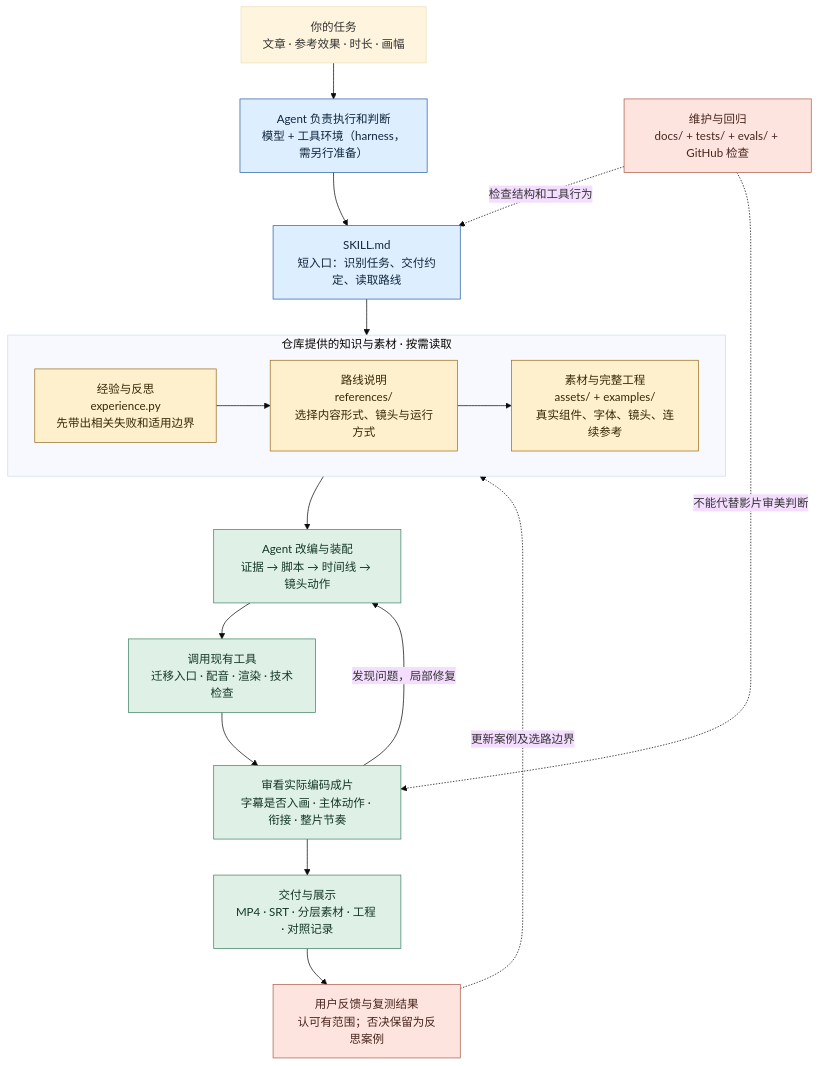
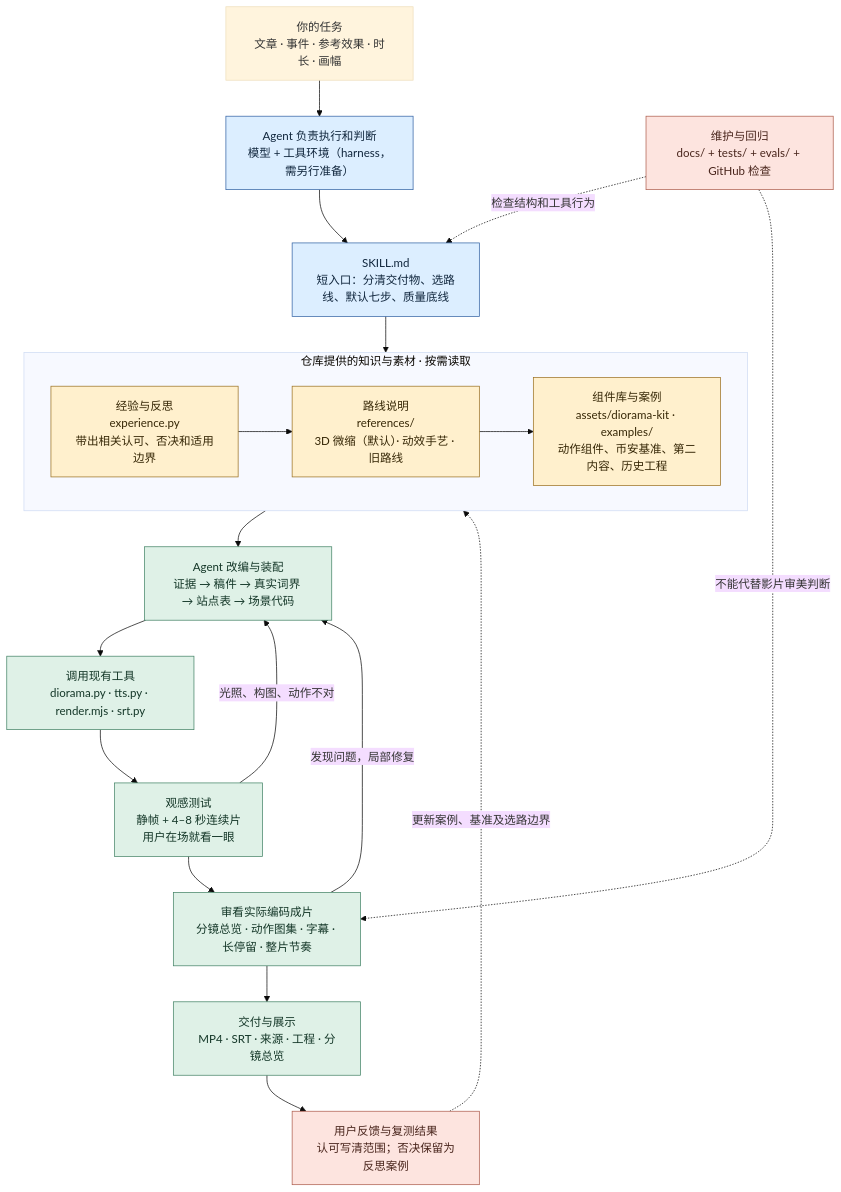
Before and after one commit to ninglinLiu/script-to-video-skill: the diagram in docs/architecture.mmd, drawn with Mermaid (base theme). The commit also changed 89 other files, not shown here.

```diff
--- a/docs/architecture.mmd
+++ b/docs/architecture.mmd
@@ -1,31 +1,33 @@
 flowchart TB
-    U["你的任务<br/>文章 · 参考效果 · 时长 · 画幅"] --> A["Agent 负责执行和判断<br/>模型 + 工具环境（harness，需另行准备）"]
-    A --> E["SKILL.md<br/>短入口：识别任务、交付约定、读取路线"]
+    U["你的任务<br/>文章 · 事件 · 参考效果 · 时长 · 画幅"] --> A["Agent 负责执行和判断<br/>模型 + 工具环境（harness，需另行准备）"]
+    A --> E["SKILL.md<br/>短入口：分清交付物、选路线、默认七步、质量底线"]
 
     subgraph LIB["仓库提供的知识与素材 · 按需读取"]
         direction LR
-        X["经验与反思<br/>experience.py<br/>先带出相关失败和适用边界"]
-        R["路线说明<br/>references/<br/>选择内容形式、镜头与运行方式"]
-        M["素材与完整工程<br/>assets/ + examples/<br/>真实组件、字体、镜头、连续参考"]
+        X["经验与反思<br/>experience.py<br/>带出相关认可、否决和适用边界"]
+        R["路线说明<br/>references/<br/>3D 微缩（默认）· 动效手艺 · 旧路线"]
+        M["组件库与案例<br/>assets/diorama-kit · examples/<br/>动作组件、币安基准、第二内容、历史工程"]
         X --> R --> M
     end
     E --> X
-    M --> P["Agent 改编与装配<br/>证据 → 脚本 → 时间线 → 镜头动作"]
-    P --> T["调用现有工具<br/>迁移入口 · 配音 · 渲染 · 技术检查"]
-    T --> Q["审看实际编码成片<br/>字幕是否入画 · 主体动作 · 衔接 · 整片节奏"]
+    M --> P["Agent 改编与装配<br/>证据 → 稿件 → 真实词界 → 站点表 → 场景代码"]
+    P --> T["调用现有工具<br/>diorama.py · tts.py · render.mjs · srt.py"]
+    T --> G["观感测试<br/>静帧 + 4–8 秒连续片<br/>用户在场就看一眼"]
+    G -->|光照、构图、动作不对| P
+    G --> Q["审看实际编码成片<br/>分镜总览 · 动作图集 · 字幕 · 长停留 · 整片节奏"]
     Q -->|发现问题，局部修复| P
-    Q --> O["交付与展示<br/>MP4 · SRT · 分层素材 · 工程 · 对照记录"]
-    O --> F["用户反馈与复测结果<br/>认可有范围；否决保留为反思案例"]
-    F -.更新案例及选路边界.-> X
+    Q --> O["交付与展示<br/>MP4 · SRT · 来源 · 工程 · 分镜总览"]
+    O --> F["用户反馈与复测结果<br/>认可写清范围；否决保留为反思案例"]
+    F -.更新案例、基准及选路边界.-> X
 
     C["维护与回归<br/>docs/ + tests/ + evals/ + GitHub 检查"] -.检查结构和工具行为.-> E
     C -.不能代替影片审美判断.-> Q
 
     classDef entry fill:#dceeff,stroke:#3161a3,color:#10263d;
     classDef library fill:#fff0cd,stroke:#9a7020,color:#362706;
     classDef production fill:#dff1e7,stroke:#438366,color:#143728;
     classDef feedback fill:#fde4df,stroke:#ad5d4d,color:#49251c;
     class A,E entry;
     class X,R,M library;
-    class P,T,Q,O production;
+    class P,T,G,Q,O production;
     class F,C feedback;
```
